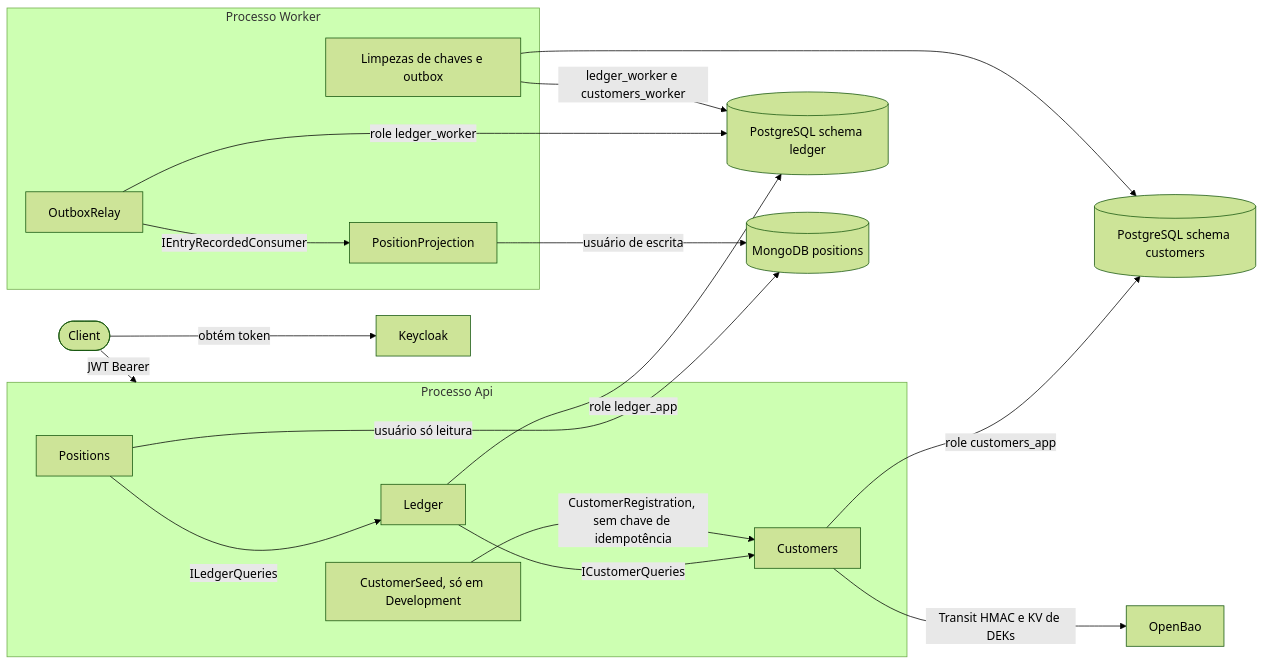
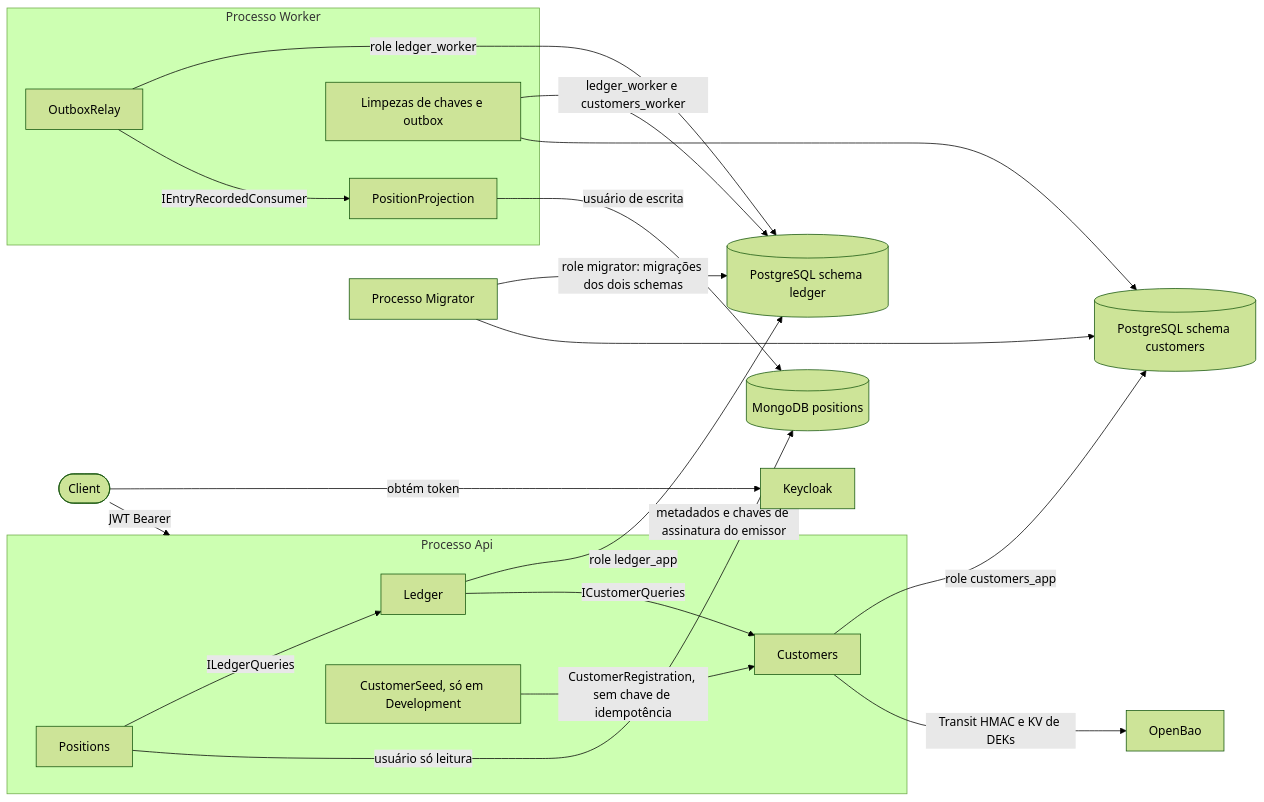
Before and after one commit to arthuurw/desafio-arquiteto-keyrus: the first of 3 diagrams in docs/arquitetura/README.md, drawn with Mermaid (forest theme). The commit also changed other lines of this file and 2 other files, not shown here.

First line of the commit message:
docs: make every flow diagram render and complete the process map

````diff
--- a/docs/arquitetura/README.md
+++ b/docs/arquitetura/README.md
@@ -29,35 +29,39 @@
 ```mermaid
 flowchart LR
   C([Client])
   K[Keycloak]
   subgraph API[Processo Api]
     L[Ledger]
     P[Positions]
     CU[Customers]
     S[CustomerSeed, só em Development]
   end
   subgraph WK[Processo Worker]
     R[OutboxRelay]
     PP[PositionProjection]
     PU[Limpezas de chaves e outbox]
   end
   PGL[(PostgreSQL schema ledger)]
   PGC[(PostgreSQL schema customers)]
   M[(MongoDB positions)]
   V[OpenBao]
+  MG[Processo Migrator]
 
   C -->|obtém token| K
   C -->|JWT Bearer| API
+  API -->|metadados e chaves de assinatura do emissor| K
   L -->|role ledger_app| PGL
   CU -->|role customers_app| PGC
   L -->|ICustomerQueries| CU
   P -->|ILedgerQueries| L
   P -->|usuário só leitura| M
   CU -->|Transit HMAC e KV de DEKs| V
   S -->|CustomerRegistration, sem chave de idempotência| CU
   R -->|role ledger_worker| PGL
   R -->|IEntryRecordedConsumer| PP
   PP -->|usuário de escrita| M
   PU -->|ledger_worker e customers_worker| PGL
   PU --> PGC
+  MG -->|role migrator: migrações dos dois schemas| PGL
+  MG --> PGC
 ```
````
